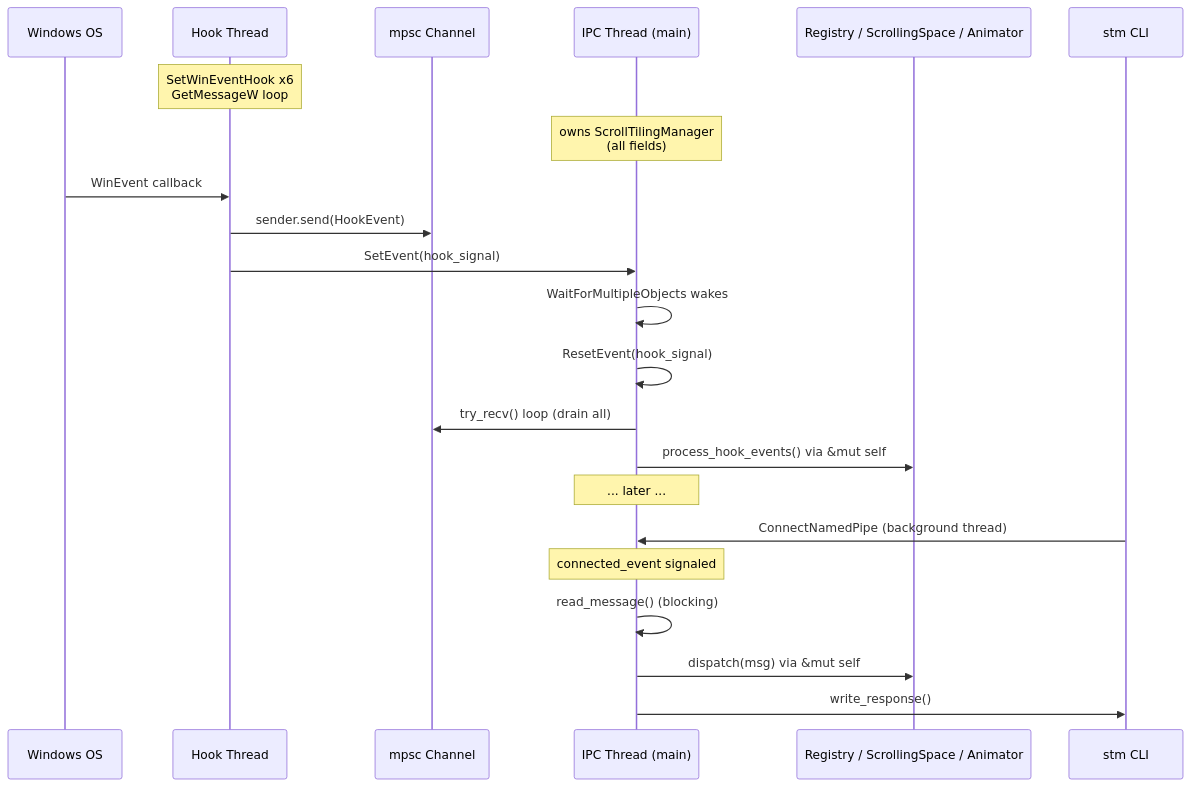
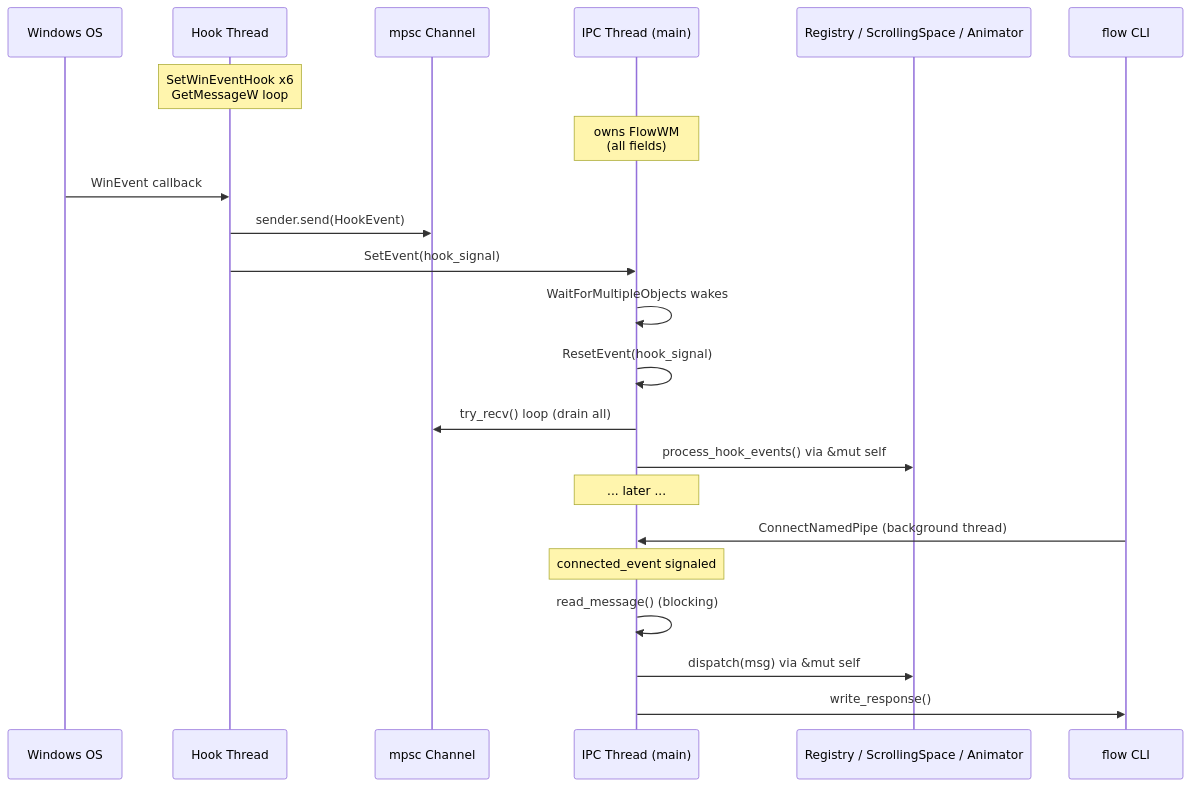
The first of 2 diagrams in docs/src/dev-guide/threading-model.md (CCpcalvin/flow-wm), drawn with Mermaid before and after one commit. The commit also changed other lines of this file and 108 other files, not shown here.

Commit message:
refactor: rename project from scrolling-tiling-manager to flow-wm

````diff
--- a/docs/src/dev-guide/threading-model.md
+++ b/docs/src/dev-guide/threading-model.md
@@ -11,28 +11,28 @@
 ```mermaid
 sequenceDiagram
     participant OS as Windows OS
     participant Hook as Hook Thread
     participant Chan as mpsc Channel
     participant IPC as IPC Thread (main)
     participant Subsystems as Registry / ScrollingSpace / Animator
 
     Note over Hook: SetWinEventHook x6<br/>GetMessageW loop
-    Note over IPC: owns ScrollTilingManager<br/>(all fields)
+    Note over IPC: owns FlowWM<br/>(all fields)
 
     OS->>Hook: WinEvent callback
     Hook->>Chan: sender.send(HookEvent)
     Hook->>IPC: SetEvent(hook_signal)
     IPC->>IPC: WaitForMultipleObjects wakes
     IPC->>IPC: ResetEvent(hook_signal)
     IPC->>Chan: try_recv() loop (drain all)
     IPC->>Subsystems: process_hook_events() via &mut self
 
     Note over IPC: ... later ...
 
-    participant CLI as stm CLI
+    participant CLI as flow CLI
     CLI->>IPC: ConnectNamedPipe (background thread)
     Note over IPC: connected_event signaled
     IPC->>IPC: read_message() (blocking)
     IPC->>Subsystems: dispatch(msg) via &mut self
     IPC->>CLI: write_response()
 ```
````
